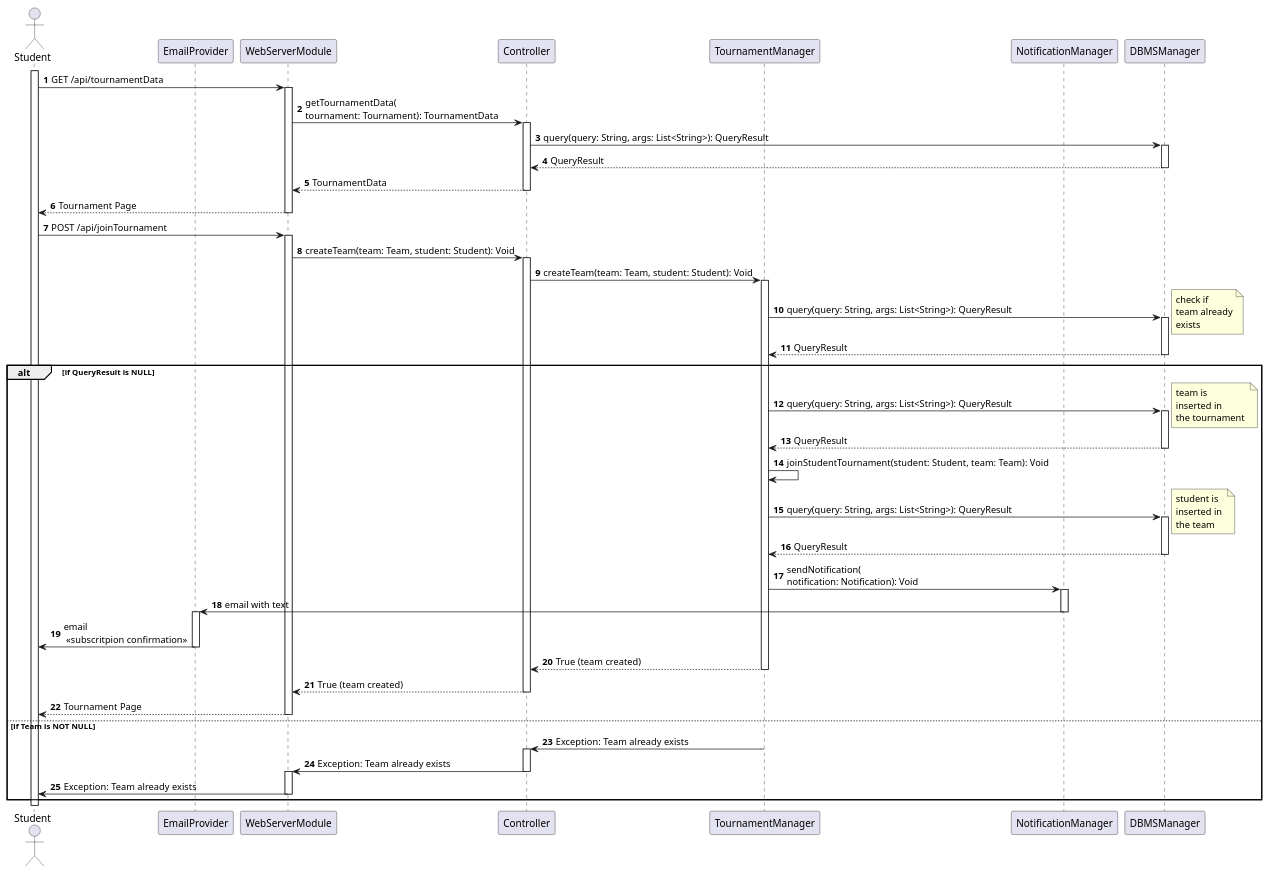
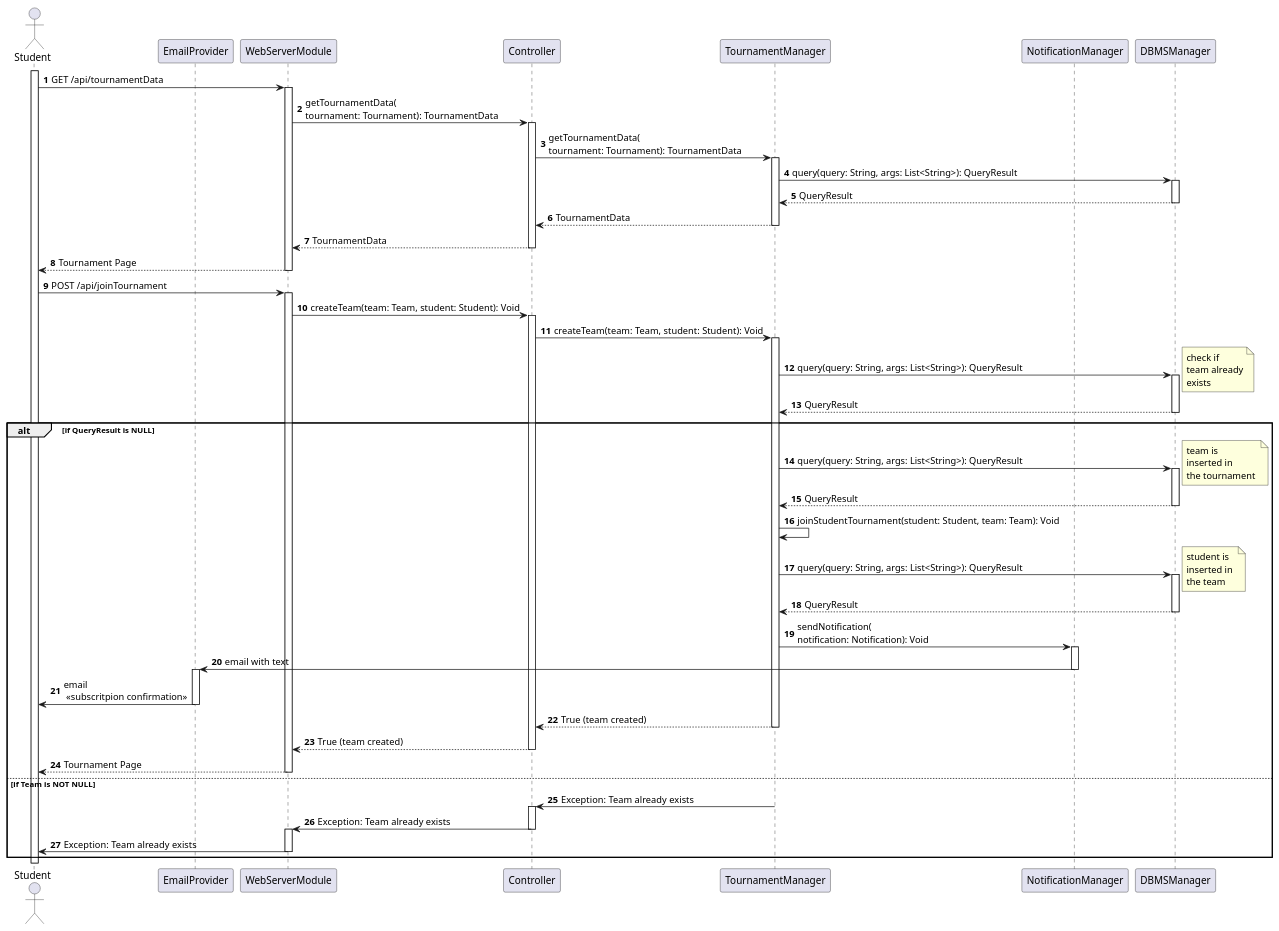
One commit to Angelo7672/SE2_Requirement-and-Design-Document changed the diagram in _DD/Images/sequenceDiagrams/joinATournament.wsd. Above: the diagram before and after it, drawn with PlantUML. The commit also changed 3 other files, not shown here.

```diff
--- a/_DD/Images/sequenceDiagrams/joinATournament.wsd
+++ b/_DD/Images/sequenceDiagrams/joinATournament.wsd
@@ -1,84 +1,88 @@
 @startuml
 
 autonumber
 
 actor Student as S
 participant EmailProvider as EP
 participant WebServerModule as WS
 participant Controller as C
 participant TournamentManager as TM
 participant NotificationManager as NM
 participant DBMSManager as DBMSM
 
 activate S
 S -> WS: GET /api/tournamentData
 activate WS
 WS -> C: getTournamentData(\ntournament: Tournament): TournamentData
 activate C
-C -> DBMSM: query(query: String, args: List<String>): QueryResult
+C -> TM: getTournamentData(\ntournament: Tournament): TournamentData
+activate TM
+TM -> DBMSM: query(query: String, args: List<String>): QueryResult
 activate DBMSM
-DBMSM --> C: QueryResult
+DBMSM --> TM: QueryResult
 deactivate DBMSM
+TM --> C: TournamentData
+deactivate TM
 C --> WS: TournamentData
 deactivate C
 WS --> S: Tournament Page
 deactivate WS
 S -> WS: POST /api/joinTournament
 activate WS
 WS -> C: createTeam(team: Team, student: Student): Void
 activate C
 C -> TM: createTeam(team: Team, student: Student): Void
 activate TM
 TM -> DBMSM: query(query: String, args: List<String>): QueryResult
 note right
     check if 
     team already
     exists
 end note
 activate DBMSM
 DBMSM --> TM: QueryResult
 deactivate DBMSM
 alt if QueryResult is NULL
     TM -> DBMSM: query(query: String, args: List<String>): QueryResult
     activate DBMSM
     note right
         team is 
         inserted in 
         the tournament 
     end note
     DBMSM --> TM: QueryResult
     deactivate DBMSM
     TM -> TM: joinStudentTournament(student: Student, team: Team): Void
     TM -> DBMSM: query(query: String, args: List<String>): QueryResult
     activate DBMSM
     note right
         student is 
         inserted in 
         the team 
     end note
     DBMSM --> TM: QueryResult
     deactivate DBMSM
     TM -> NM: sendNotification(\nnotification: Notification): Void
     activate NM
     NM -> EP: email with text
     deactivate NM
     activate EP
     EP -> S: email\n <<subscritpion confirmation>>
     deactivate EP
     TM --> C: True (team created)
     deactivate TM
     C --> WS: True (team created)
     deactivate C
     WS --> S: Tournament Page
     deactivate WS
 else if Team is NOT NULL
     TM -> C: Exception: Team already exists
     activate C
     C -> WS: Exception: Team already exists
     deactivate C
     activate WS
     WS -> S: Exception: Team already exists
     deactivate WS
 end
 
 @enduml
```
